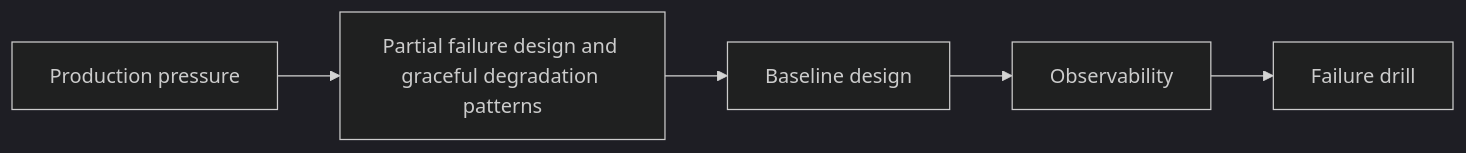
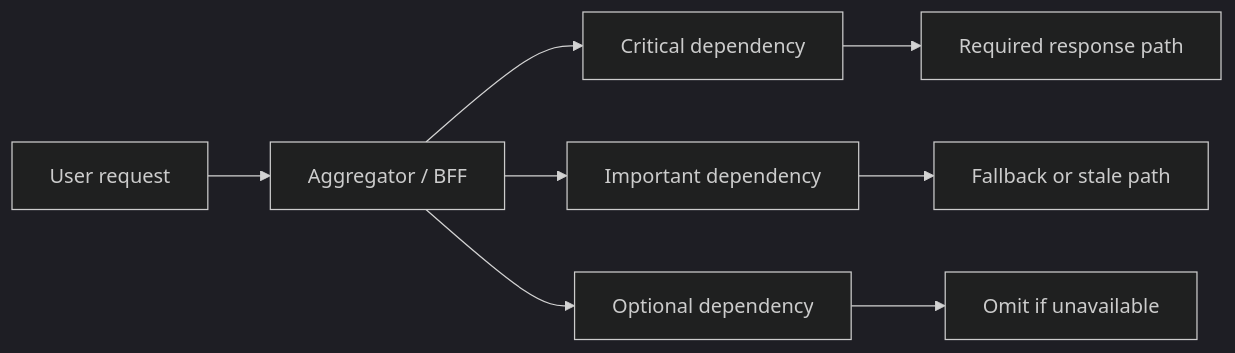
One commit to sandeepbhardwaj/sandeepbhardwaj.github.io changed the diagram in _posts/2026-08-10-microservices-partial-failure-graceful-degradation-part-1.md. Above: the diagram before and after it, drawn with Mermaid (dark theme). The commit also changed other lines of this file and 113 other files, not shown here.

````diff
--- a/_posts/2026-08-10-microservices-partial-failure-graceful-degradation-part-1.md
+++ b/_posts/2026-08-10-microservices-partial-failure-graceful-degradation-part-1.md
@@ -57,7 +108,11 @@
 ```mermaid
 flowchart LR
-    A[Production pressure] --> B[Partial failure design and graceful degradation patterns]
-    B --> C[Baseline design]
-    C --> D[Observability]
-    D --> E[Failure drill]
+    U[User request] --> A[Aggregator / BFF]
+    A --> C[Critical dependency]
+    A --> I[Important dependency]
+    A --> O[Optional dependency]
+
+    C --> R1[Required response path]
+    I --> R2[Fallback or stale path]
+    O --> R3[Omit if unavailable]
 ```
````
